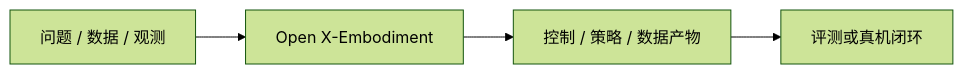
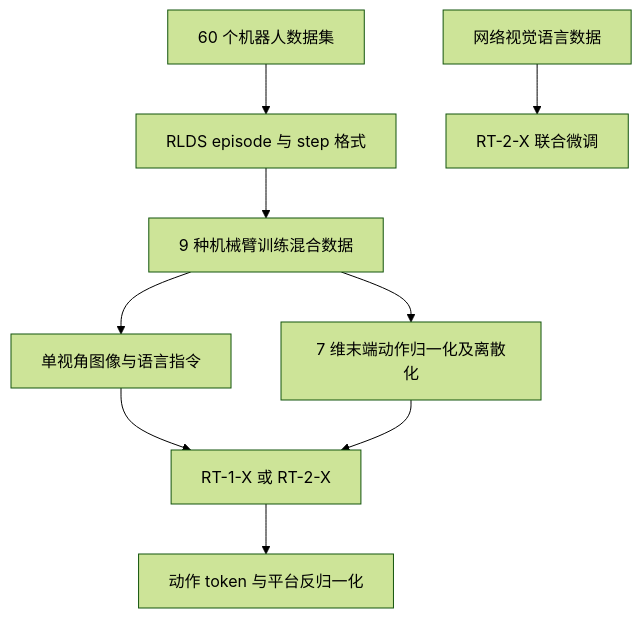
The first of 2 diagrams in wiki/entities/paper-open-x-embodiment.md (ImChong/Robotics_Notebooks), drawn with Mermaid (forest theme) before and after one commit. The commit also changed other lines of this file, not shown here.

Commit message:
[2026-11-05] ingest | Open X-Embodiment — 补充论文原文与官方推理流程

````diff
--- a/wiki/entities/paper-open-x-embodiment.md
+++ b/wiki/entities/paper-open-x-embodiment.md
@@ -62,6 +66,11 @@
 ```mermaid
-flowchart LR
-  A["问题 / 数据 / 观测"] --> B["Open X-Embodiment"]
-  B --> C["控制 / 策略 / 数据产物"]
-  C --> D["评测或真机闭环"]
+flowchart TD
+  A["60 个机器人数据集"] --> B["RLDS episode 与 step 格式"]
+  B --> C["9 种机械臂训练混合数据"]
+  C --> D["单视角图像与语言指令"]
+  C --> E["7 维末端动作归一化及离散化"]
+  D --> F["RT-1-X 或 RT-2-X"]
+  E --> F
+  G["网络视觉语言数据"] --> H["RT-2-X 联合微调"]
+  F --> I["动作 token 与平台反归一化"]
 ```
````
